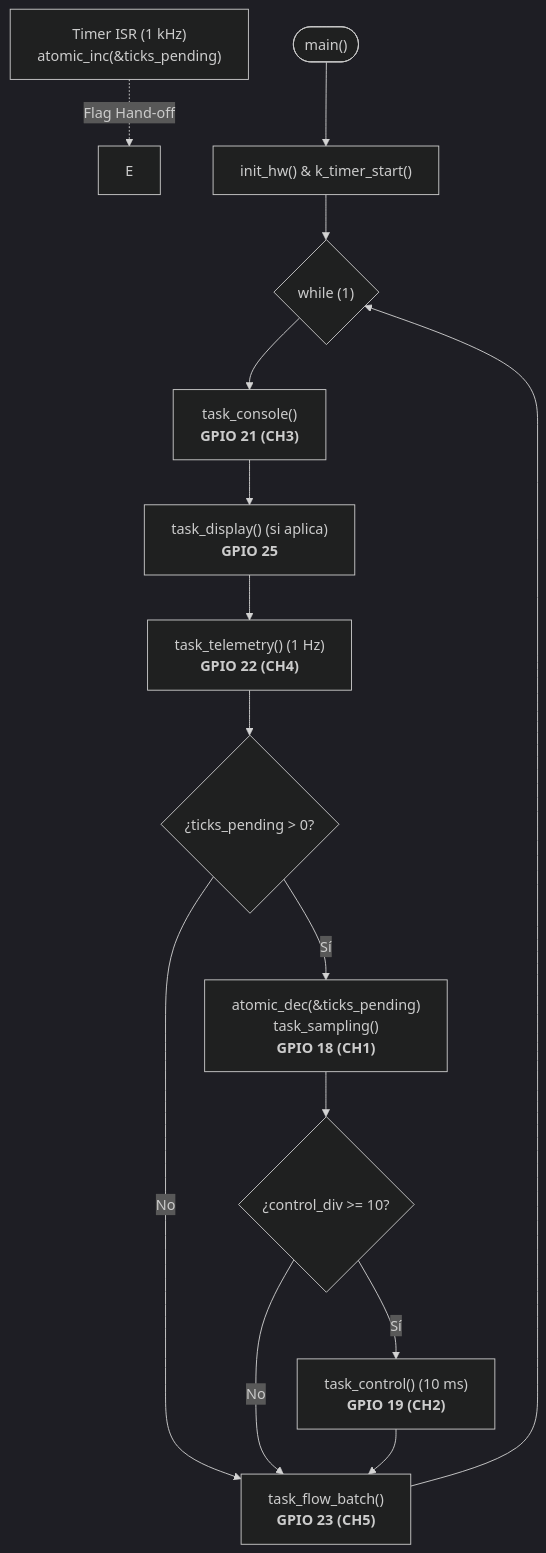
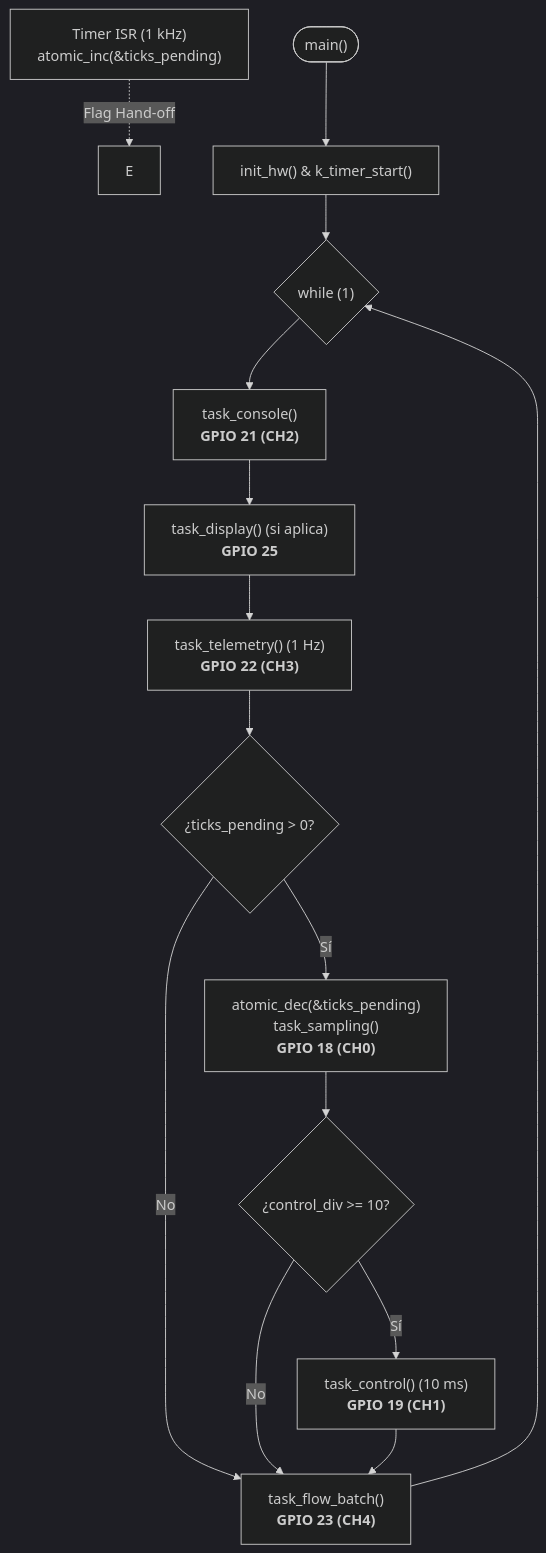
One commit to kchavarro-C/4101137-real-time-systems changed the diagram in RET.md. Above: the diagram before and after it, drawn with Mermaid (dark theme). The commit also changed other lines of this file and 2 other files, not shown here.

Commit message:
feat(lab03): complete S3 port documentation, first preemptive sampling thread, timing evidence and RET update

````diff
--- a/RET.md
+++ b/RET.md
@@ -98,22 +99,22 @@
 ```mermaid
 flowchart TD
     A["Timer ISR (1 kHz)<br/>atomic_inc(&ticks_pending)"] -.->|Flag Hand-off| E
 
     Start(["main()"]) --> Init["init_hw() & k_timer_start()"]
     Init --> Loop{"while (1)"}
 
-    Loop --> Cons["task_console()<br/><b>GPIO 21 (CH3)</b>"]
+    Loop --> Cons["task_console()<br/><b>GPIO 21 (CH2)</b>"]
     Cons --> Disp["task_display() (si aplica)<br/><b>GPIO 25</b>"]
-    Disp --> Tele["task_telemetry() (1 Hz)<br/><b>GPIO 22 (CH4)</b>"]
+    Disp --> Tele["task_telemetry() (1 Hz)<br/><b>GPIO 22 (CH3)</b>"]
 
     Tele --> Check{"¿ticks_pending > 0?"}
-    Check -- No --> Flow["task_flow_batch()<br/><b>GPIO 23 (CH5)</b>"]
-    Check -- Sí --> Samp["atomic_dec(&ticks_pending)<br/>task_sampling()<br/><b>GPIO 18 (CH1)</b>"]
+    Check -- No --> Flow["task_flow_batch()<br/><b>GPIO 23 (CH4)</b>"]
+    Check -- Sí --> Samp["atomic_dec(&ticks_pending)<br/>task_sampling()<br/><b>GPIO 18 (CH0)</b>"]
 
     Samp --> Div{"¿control_div >= 10?"}
-    Div -- Sí --> Ctrl["task_control() (10 ms)<br/><b>GPIO 19 (CH2)</b>"]
+    Div -- Sí --> Ctrl["task_control() (10 ms)<br/><b>GPIO 19 (CH1)</b>"]
     Div -- No --> Flow
     Ctrl --> Flow
 
     Flow --> Loop
 ```
````
